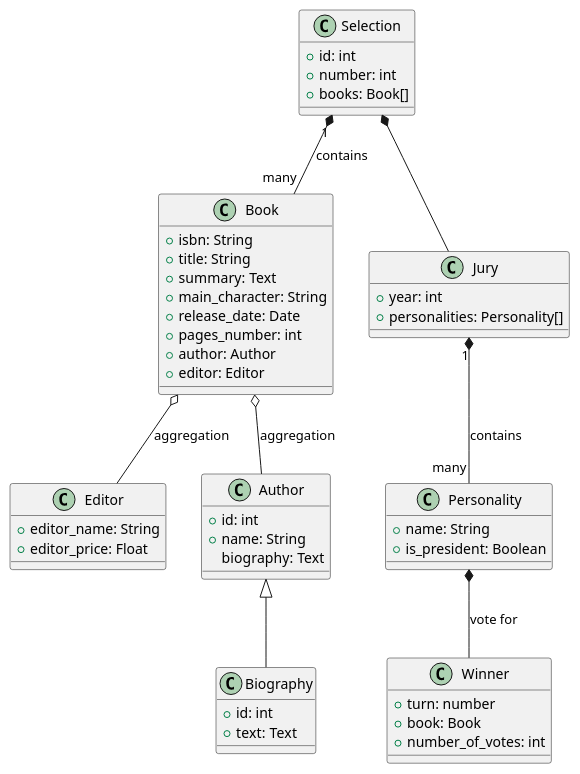
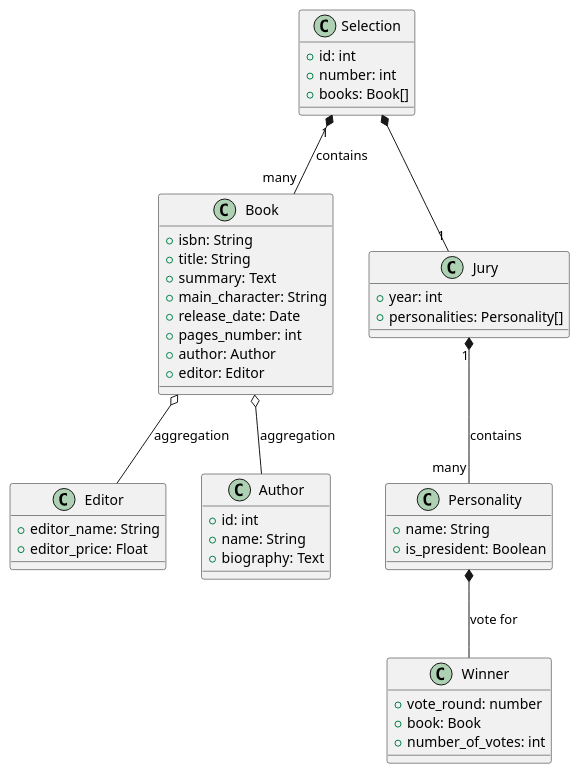
Before and after one commit to matthieu-27/eval_prix_goncourt: the diagram in UML/Class_Diagram.puml, drawn with PlantUML.

Commit message:
correction multiplicité selection - jury, renomme turn en vote_round pour plus de clarté, une biographie par autheur

```diff
--- a/UML/Class_Diagram.puml
+++ b/UML/Class_Diagram.puml
@@ -1,64 +1,58 @@
 @startuml
 
 class Editor {
     +editor_name: String
     +editor_price: Float
 }
 
 class Author {
     +id: int
     +name: String
-    biography: Text
-}
-
-class Biography {
-    +id: int
-    +text: Text
+    +biography: Text
 }
 
 class Book {
     +isbn: String
     +title: String
     +summary: Text
     +main_character: String
     +release_date: Date
     +pages_number: int
     +author: Author
     +editor: Editor
 }
 
 class Selection {
     +id: int
     +number: int
     +books: Book[]
 }
 
 
 class Jury {
     +year: int
     +personalities: Personality[]
 }
 
 class Personality {
     +name: String
     +is_president: Boolean
 }
 
 class Winner {
-    +turn: number
+    +vote_round: number
     +book: Book
     +number_of_votes: int
 }
 
 
 '*************Relation des classes*************
 
 Selection "1" *-- "many" Book : contains
-Author <|-- Biography
 Book o-- Author : aggregation
 Book o-- Editor : aggregation
 Jury "1" *-- "many" Personality : contains
-Selection *-- Jury
+Selection *-- "1" Jury
 Personality *-- Winner: vote for
 
 @enduml
```
